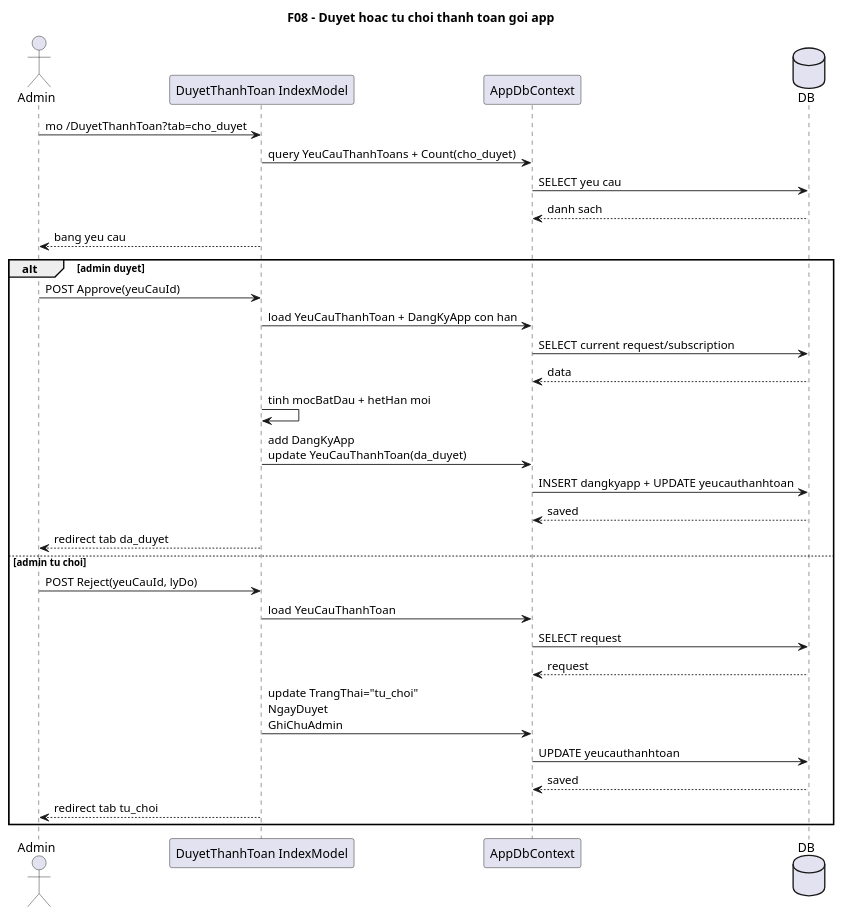
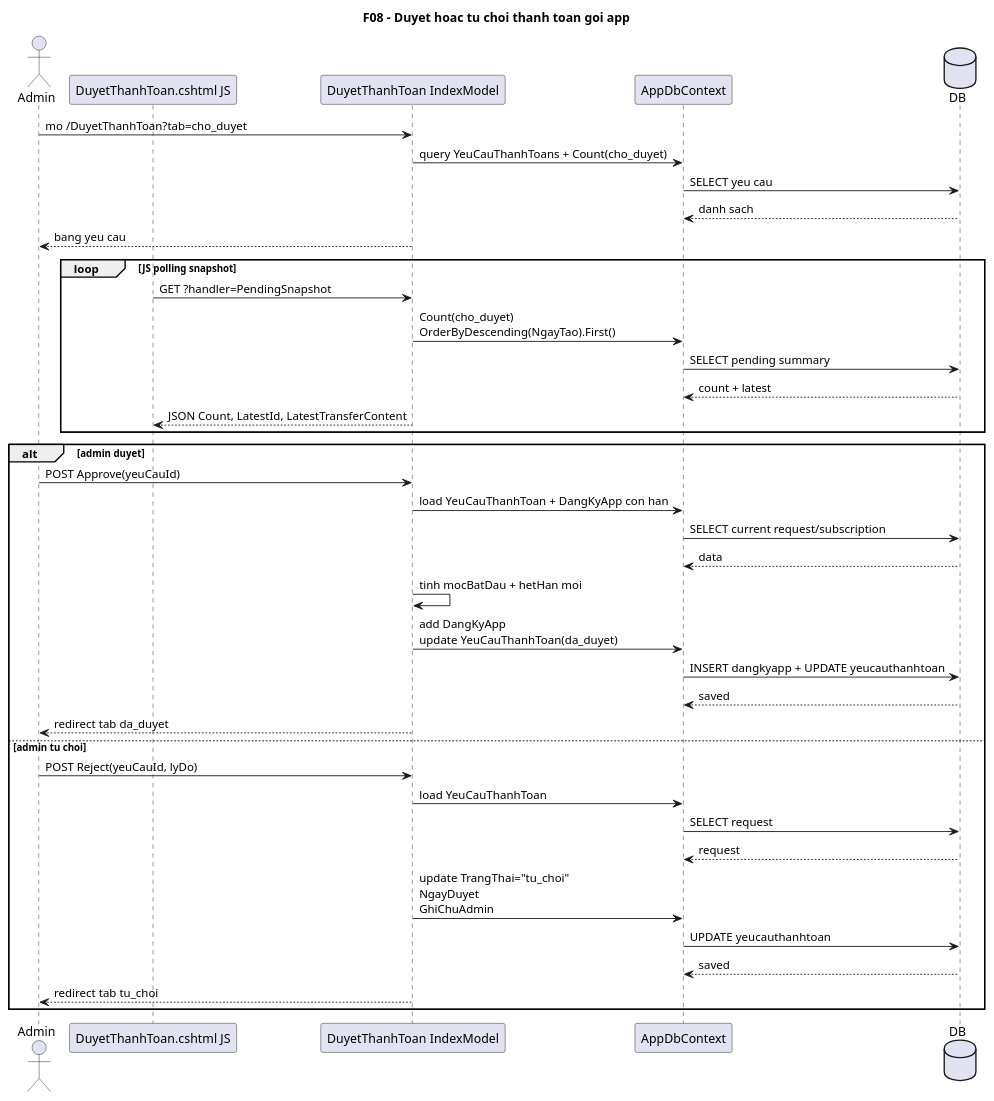
One commit to VoBao182/PhoAmThuc changed the diagram in docs/diagrams/08-app-payment-approval-sequence.puml. Above: the diagram before and after it, drawn with PlantUML. The commit also changed 60 other files, not shown here.

```diff
--- a/docs/diagrams/08-app-payment-approval-sequence.puml
+++ b/docs/diagrams/08-app-payment-approval-sequence.puml
@@ -1,43 +1,53 @@
 @startuml
 ' Diagram: F08 - Duyet hoac tu choi thanh toan goi app (Sequence)
 ' Status: WIP
-' Baseline: branch master, HEAD a5fde70
+' Baseline: branch master, HEAD 0b9ca4b + working tree 2026-04-22
 ' Source:
-' - VinhKhanhTour.CMS/Pages/DuyetThanhToan/Index.cshtml.cs: OnGetAsync(), OnPostApproveAsync(), OnPostRejectAsync()
+' - VinhKhanhTour.CMS/Pages/DuyetThanhToan/Index.cshtml.cs: OnGetAsync(), OnGetPendingSnapshotAsync(), OnPostApproveAsync(), OnPostRejectAsync()
+' - VinhKhanhTour.CMS/Pages/DuyetThanhToan/Index.cshtml: polling PendingSnapshot
 ' - VinhKhanhTour.API/Models/YeuCauThanhToan.cs
 ' - VinhKhanhTour.API/Models/DangKyApp.cs
-' Note: Giu logic sequence theo code CMS hien tai; khong tu dong chuyen sang luong SubscriptionController approve/reject khi chua xac minh.
+' Note: Giu logic CMS PageModel hien tai; bo sung snapshot endpoint dung cho UI polling.
 title F08 - Duyet hoac tu choi thanh toan goi app
 
 actor Admin
+participant "DuyetThanhToan.cshtml JS" as JS
 participant "DuyetThanhToan IndexModel" as IndexModel
 participant AppDbContext
 database DB
 
 Admin -> IndexModel: mo /DuyetThanhToan?tab=cho_duyet
 IndexModel -> AppDbContext: query YeuCauThanhToans + Count(cho_duyet)
 AppDbContext -> DB: SELECT yeu cau
 DB --> AppDbContext: danh sach
 IndexModel --> Admin: bang yeu cau
+
+loop JS polling snapshot
+  JS -> IndexModel: GET ?handler=PendingSnapshot
+  IndexModel -> AppDbContext: Count(cho_duyet)\nOrderByDescending(NgayTao).First()
+  AppDbContext -> DB: SELECT pending summary
+  DB --> AppDbContext: count + latest
+  IndexModel --> JS: JSON Count, LatestId, LatestTransferContent
+end
 
 alt admin duyet
   Admin -> IndexModel: POST Approve(yeuCauId)
   IndexModel -> AppDbContext: load YeuCauThanhToan + DangKyApp con han
   AppDbContext -> DB: SELECT current request/subscription
   DB --> AppDbContext: data
   IndexModel -> IndexModel: tinh mocBatDau + hetHan moi
   IndexModel -> AppDbContext: add DangKyApp\nupdate YeuCauThanhToan(da_duyet)
   AppDbContext -> DB: INSERT dangkyapp + UPDATE yeucauthanhtoan
   DB --> AppDbContext: saved
   IndexModel --> Admin: redirect tab da_duyet
 else admin tu choi
   Admin -> IndexModel: POST Reject(yeuCauId, lyDo)
   IndexModel -> AppDbContext: load YeuCauThanhToan
   AppDbContext -> DB: SELECT request
   DB --> AppDbContext: request
   IndexModel -> AppDbContext: update TrangThai="tu_choi"\nNgayDuyet\nGhiChuAdmin
   AppDbContext -> DB: UPDATE yeucauthanhtoan
   DB --> AppDbContext: saved
   IndexModel --> Admin: redirect tab tu_choi
 end
 @enduml
```
